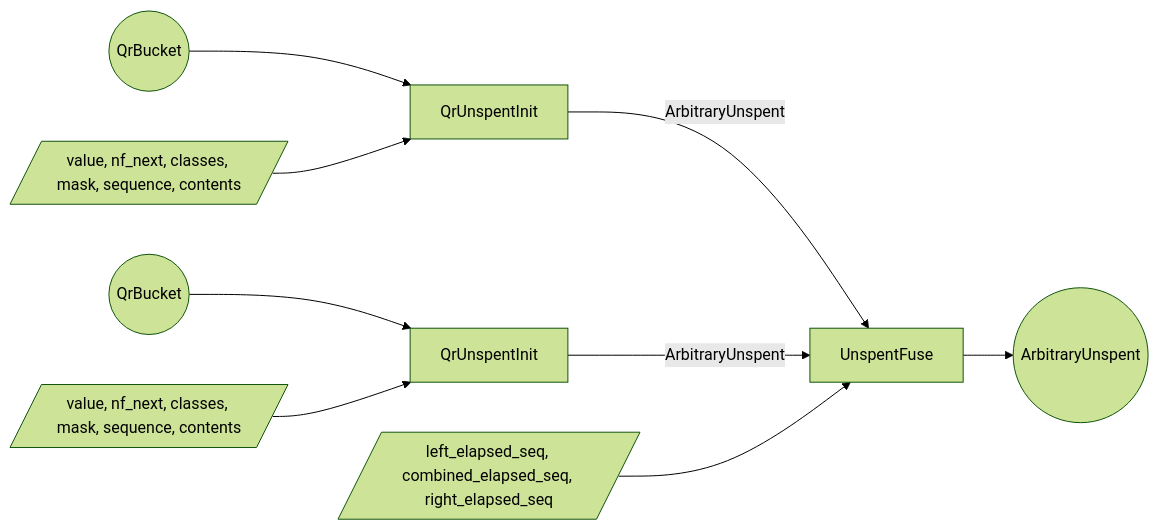
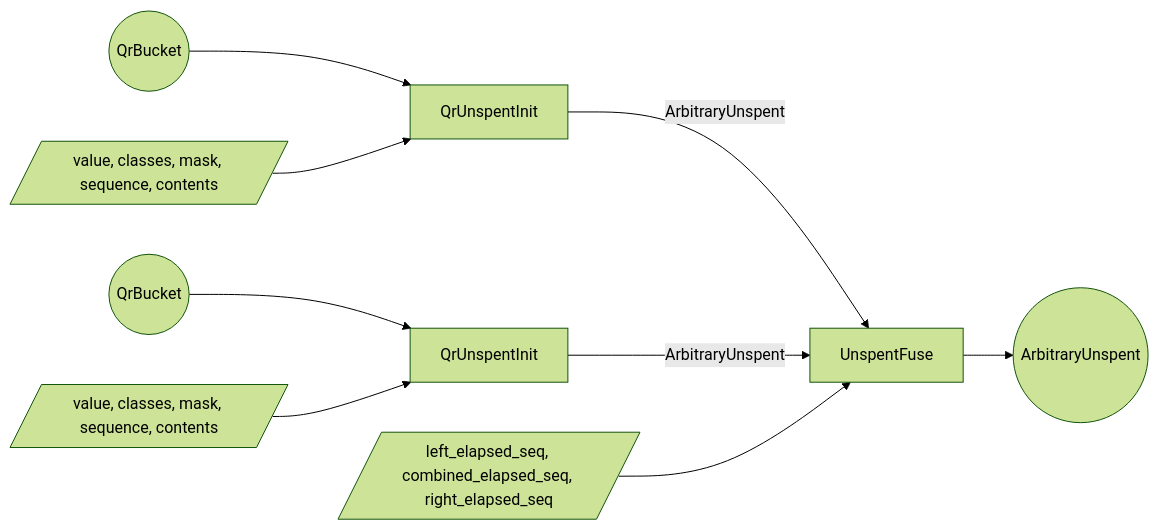
The third of 3 diagrams in book/src/proof-tree.md (tachyon-zcash/tachyon), drawn with Mermaid (forest theme) before and after one commit. The commit also changed other lines of this file and 8 other files, not shown here.

````diff
--- a/book/src/proof-tree.md
+++ b/book/src/proof-tree.md
@@ -382,21 +383,21 @@
 ```mermaid
 flowchart LR
   bucket_e((QrBucket))
-  w_init[/value, nf_next, classes, mask, sequence, contents/]
+  w_init[/value, classes, mask, sequence, contents/]
   s_init[QrUnspentInit]
   bucket_next((QrBucket))
-  w_next[/value, nf_next, classes, mask, sequence, contents/]
+  w_next[/value, classes, mask, sequence, contents/]
   s_next[QrUnspentInit]
   w_ufuse[/left_elapsed_seq, combined_elapsed_seq, right_elapsed_seq/]
   s_ufuse[UnspentFuse]
   unspent_out((ArbitraryUnspent))
 
   bucket_e --> s_init
   w_init --> s_init
   bucket_next --> s_next
   w_next --> s_next
   s_init -->|ArbitraryUnspent| s_ufuse
   s_next -->|ArbitraryUnspent| s_ufuse
   w_ufuse --> s_ufuse
   s_ufuse --> unspent_out
 ```
````
